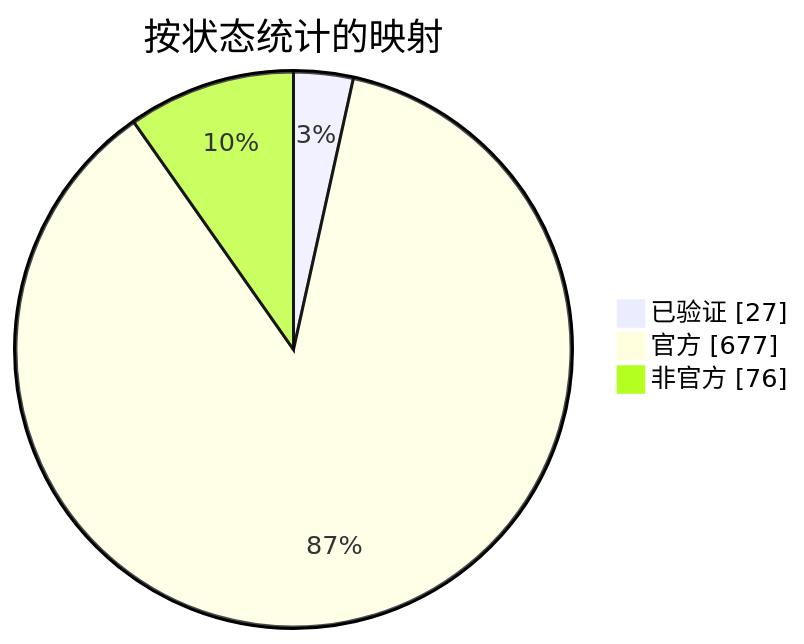
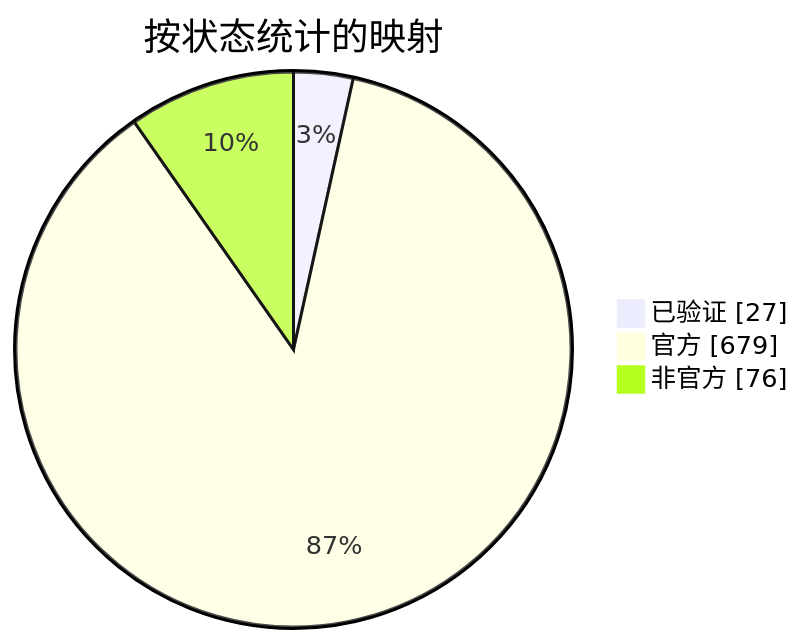
The diagram in docs/readme/README_ZHS.md (nobrega8/mbmap-library), drawn with Mermaid before and after one commit. The commit also changed 7 other files, not shown here.

````diff
--- a/docs/readme/README_ZHS.md
+++ b/docs/readme/README_ZHS.md
@@ -54,7 +54,7 @@
 ```mermaid
 pie showData
     title 按状态统计的映射
     "已验证" : 27
-    "官方" : 677
+    "官方" : 679
     "非官方" : 76
 ```
````
